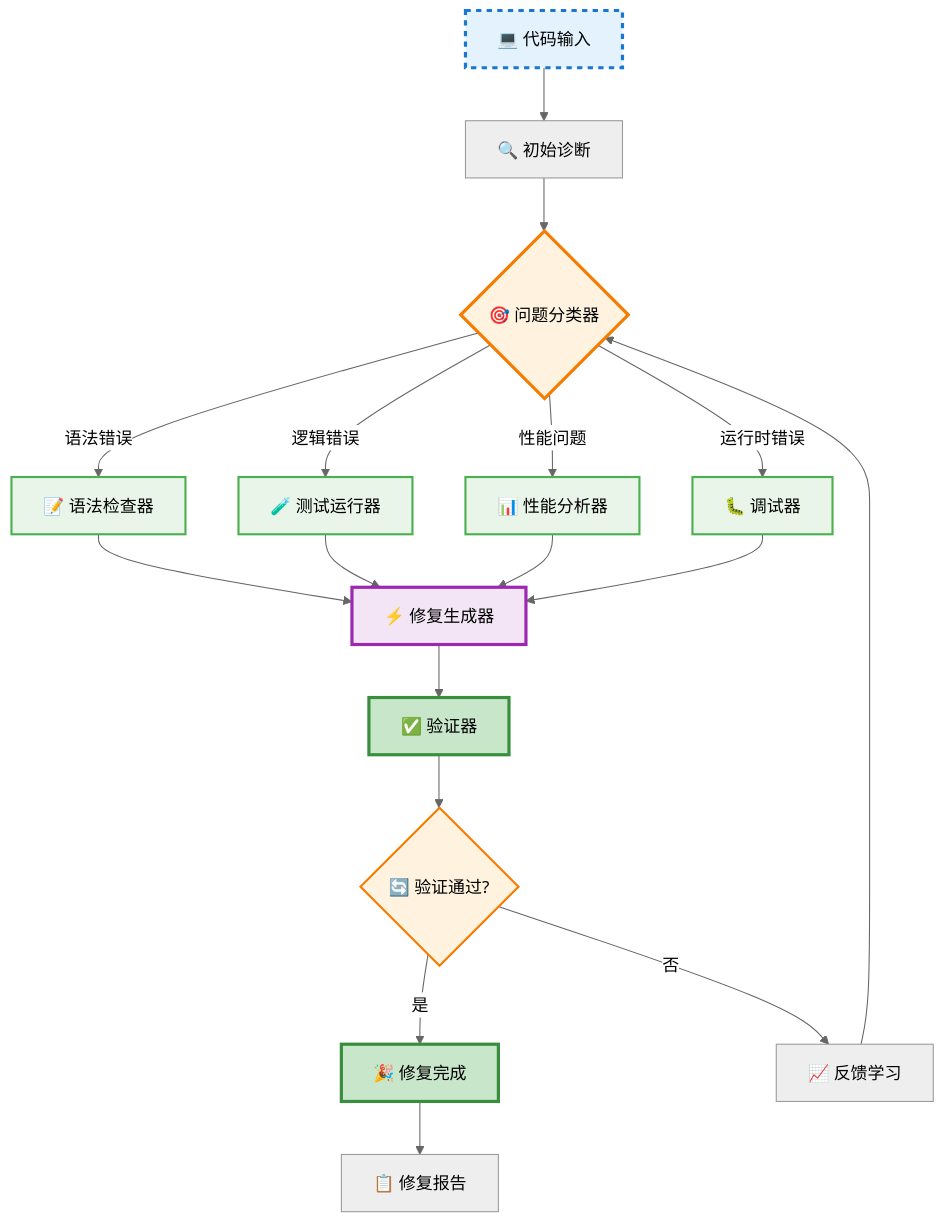
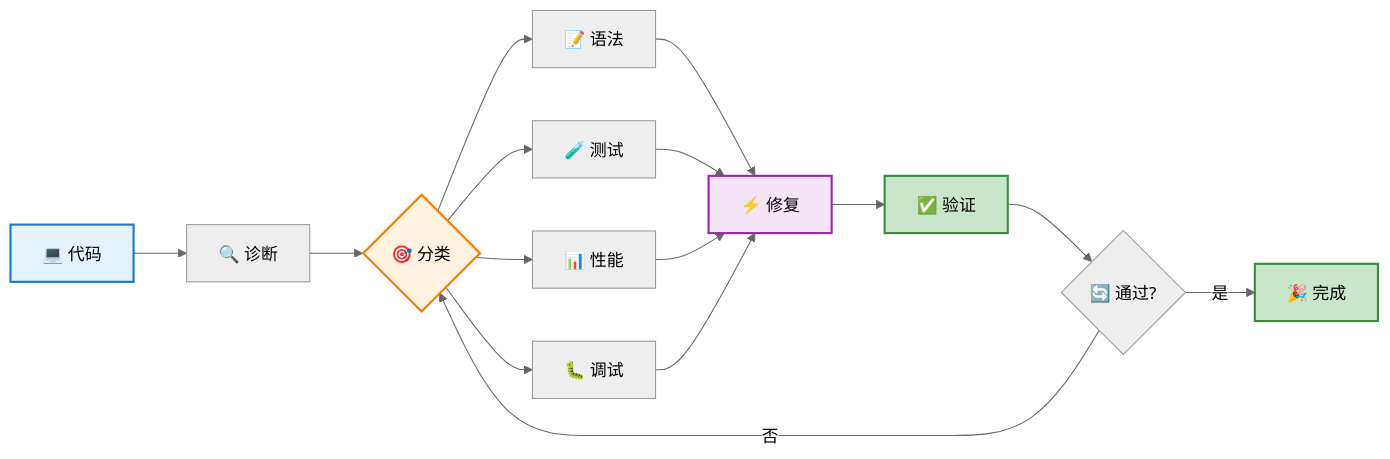
Before and after one commit to yxzf/claude-code-guide: the tenth of 10 diagrams in agent/AI_Agent_完整入门指南.md, drawn with Mermaid (neutral theme). The commit also changed other lines of this file, not shown here.

Commit message:
压缩架构图尺寸并简化箭头布局
## 主要优化
1. **尺寸压缩**: 改用水平布局(LR)替代垂直布局(TD/TB)
2. **文字精简**: 节点标签从长描述改为简洁关键词
3. **箭头整理**:
   - 移除冗余连接线
   - 简化分支路径
   - 减少交叉连接

## 具体改进
- 案例1: 10个节点压缩为9个，清理多余箭头
- 案例2: 13个节点压缩为11个，优化反馈循环
- 布局: 垂直改水平，适合单屏显示
- 描边: 统一2px，移除过粗线条

让图表更紧凑清晰，一屏内完整显示。

🤖 Generated with [Claude Code](https://claude.ai/code)

````diff
--- a/agent/AI_Agent_完整入门指南.md
+++ b/agent/AI_Agent_完整入门指南.md
@@ -795,35 +789,26 @@
 ```mermaid
-graph TB
-    A[💻 代码输入] --> B[🔍 初始诊断]
-    B --> C{🎯 问题分类器}
+graph LR
+    A[💻 代码] --> B[🔍 诊断]
+    B --> C{🎯 分类}
     
-    C -->|语法错误| D[📝 语法检查器]
-    C -->|逻辑错误| E[🧪 测试运行器]
-    C -->|性能问题| F[📊 性能分析器]
-    C -->|运行时错误| G[🐛 调试器]
+    C --> D[📝 语法]
+    C --> E[🧪 测试]
+    C --> F[📊 性能]
+    C --> G[🐛 调试]
     
-    D --> H[⚡ 修复生成器]
+    D --> H[⚡ 修复]
     E --> H
     F --> H
     G --> H
     
-    H --> I[✅ 验证器]
-    I --> J{🔄 验证通过?}
+    H --> I[✅ 验证]
+    I --> J{🔄 通过?}
+    J -->|是| K[🎉 完成]
+    J -->|否| C
     
-    J -->|是| K[🎉 修复完成]
-    J -->|否| L[📈 反馈学习]
-    L --> C
-    
-    K --> M[📋 修复报告]
-    
-    style A fill:#e3f2fd,stroke:#1976d2,stroke-width:3px,stroke-dasharray: 5 5
-    style C fill:#fff3e0,stroke:#f57c00,stroke-width:3px
-    style H fill:#f3e5f5,stroke:#9c27b0,stroke-width:3px
-    style I fill:#c8e6c9,stroke:#388e3c,stroke-width:3px
-    style K fill:#c8e6c9,stroke:#388e3c,stroke-width:3px
-    style J fill:#fff3e0,stroke:#f57c00,stroke-width:2px
-    style D fill:#e8f5e8,stroke:#4caf50,stroke-width:2px
-    style E fill:#e8f5e8,stroke:#4caf50,stroke-width:2px
-    style F fill:#e8f5e8,stroke:#4caf50,stroke-width:2px
-    style G fill:#e8f5e8,stroke:#4caf50,stroke-width:2px
+    style A fill:#e3f2fd,stroke:#1976d2,stroke-width:2px
+    style C fill:#fff3e0,stroke:#f57c00,stroke-width:2px
+    style H fill:#f3e5f5,stroke:#9c27b0,stroke-width:2px
+    style I fill:#c8e6c9,stroke:#388e3c,stroke-width:2px
+    style K fill:#c8e6c9,stroke:#388e3c,stroke-width:2px
 ```
````
